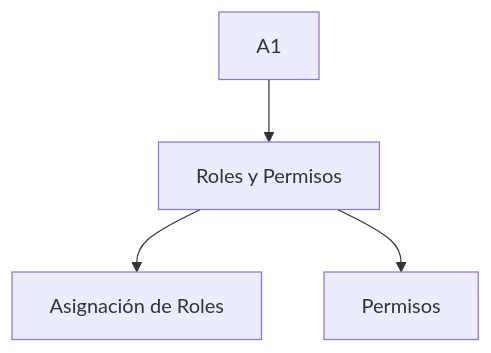
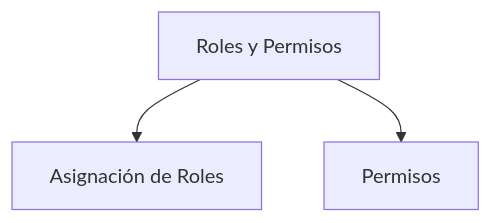
One commit to fedesantamarina/az-104 changed the third of 6 diagrams in Manage user and group properties.md. Above: the diagram before and after it, drawn with Mermaid. The commit also changed other lines of this file, not shown here.

````diff
--- a/Manage user and group properties.md
+++ b/Manage user and group properties.md
@@ -39,6 +39,6 @@
 ```mermaid
 graph TD;
-  A1 --> B2[Roles y Permisos]
-  B2 --> C1[Asignación de Roles]
+  
+  B2[Roles y Permisos] --> C1[Asignación de Roles]
   B2 --> C2[Permisos]
 ```
````
